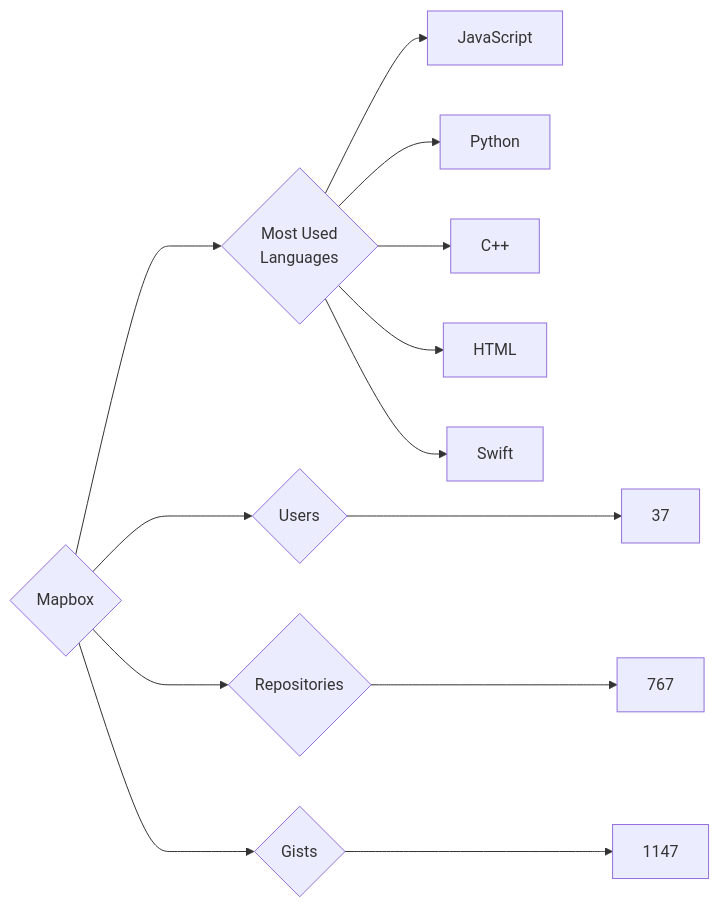
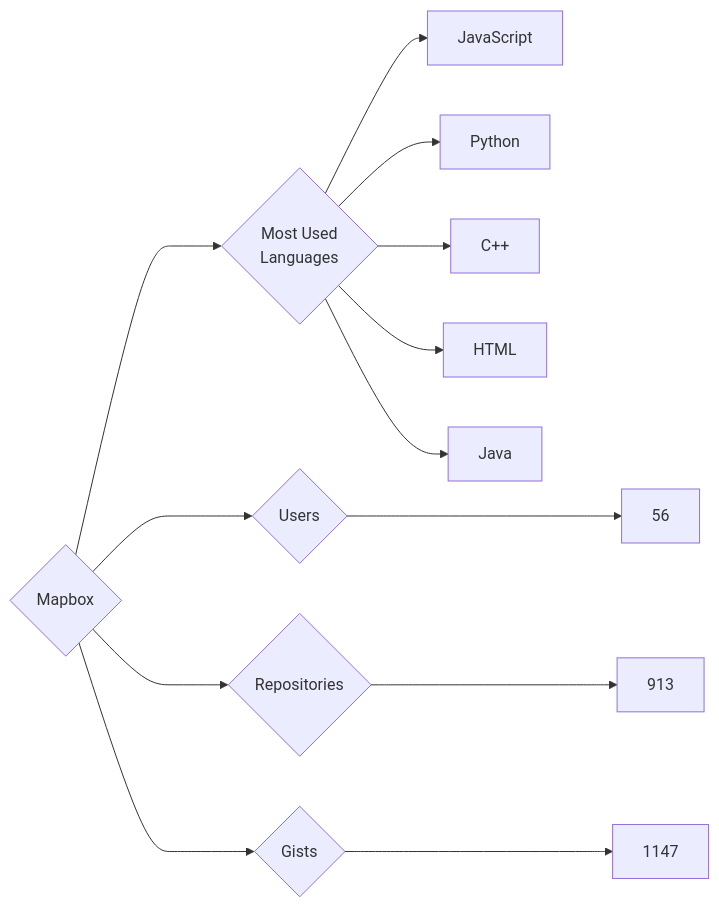
The diagram in targets/Mapbox/README.md (trickest/insiders), drawn with Mermaid before and after one commit. The commit also changed 870 other files, not shown here.

````diff
--- a/targets/Mapbox/README.md
+++ b/targets/Mapbox/README.md
@@ -3,13 +3,13 @@
 ```mermaid
 graph LR
 COMPANY_NAME{Mapbox}
-COMPANY_NAME ---> U{Users} ---> UN[37]
-COMPANY_NAME ---> R{Repositories} ---> RN[767]
+COMPANY_NAME ---> U{Users} ---> UN[56]
+COMPANY_NAME ---> R{Repositories} ---> RN[913]
 COMPANY_NAME ---> G{Gists} ---> GN[1147]
 COMPANY_NAME ---> ML{Most Used<br>Languages}
 ML --> JavaScript[JavaScript]
 ML --> Python[Python]
 ML --> C++[C++]
 ML --> HTML[HTML]
-ML --> Swift[Swift]
+ML --> Java[Java]
 ```
````
